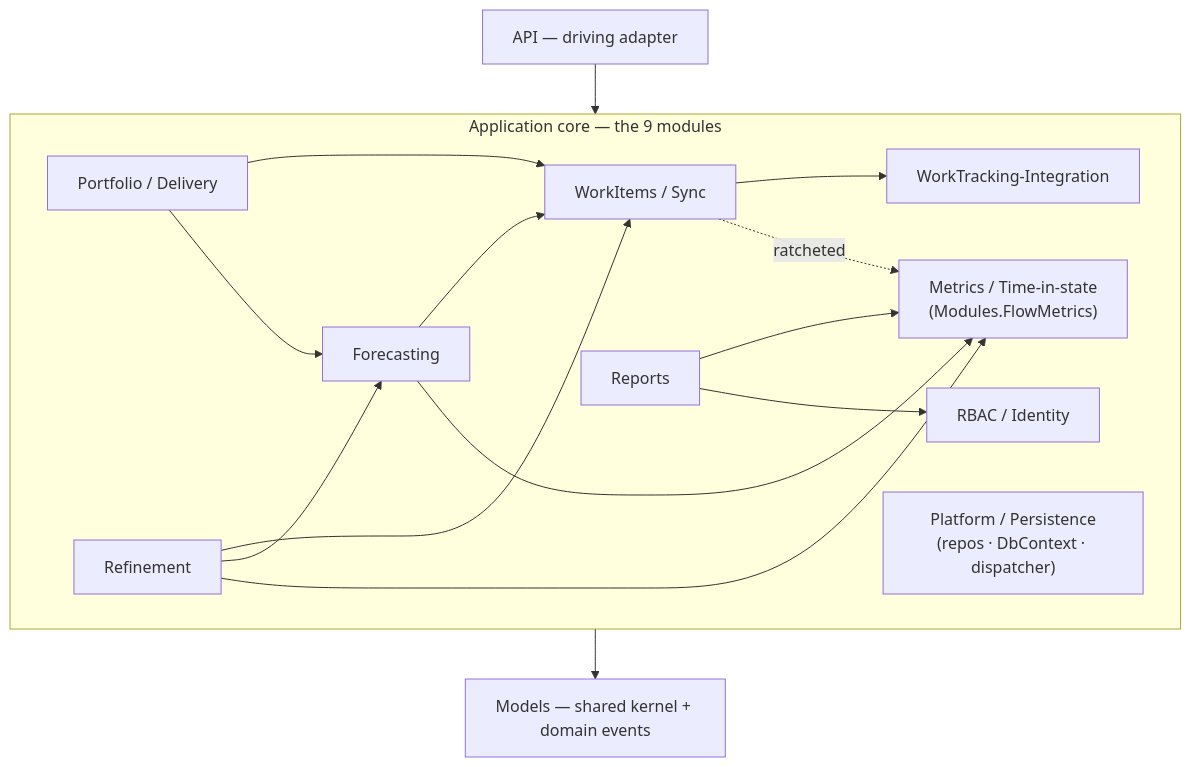
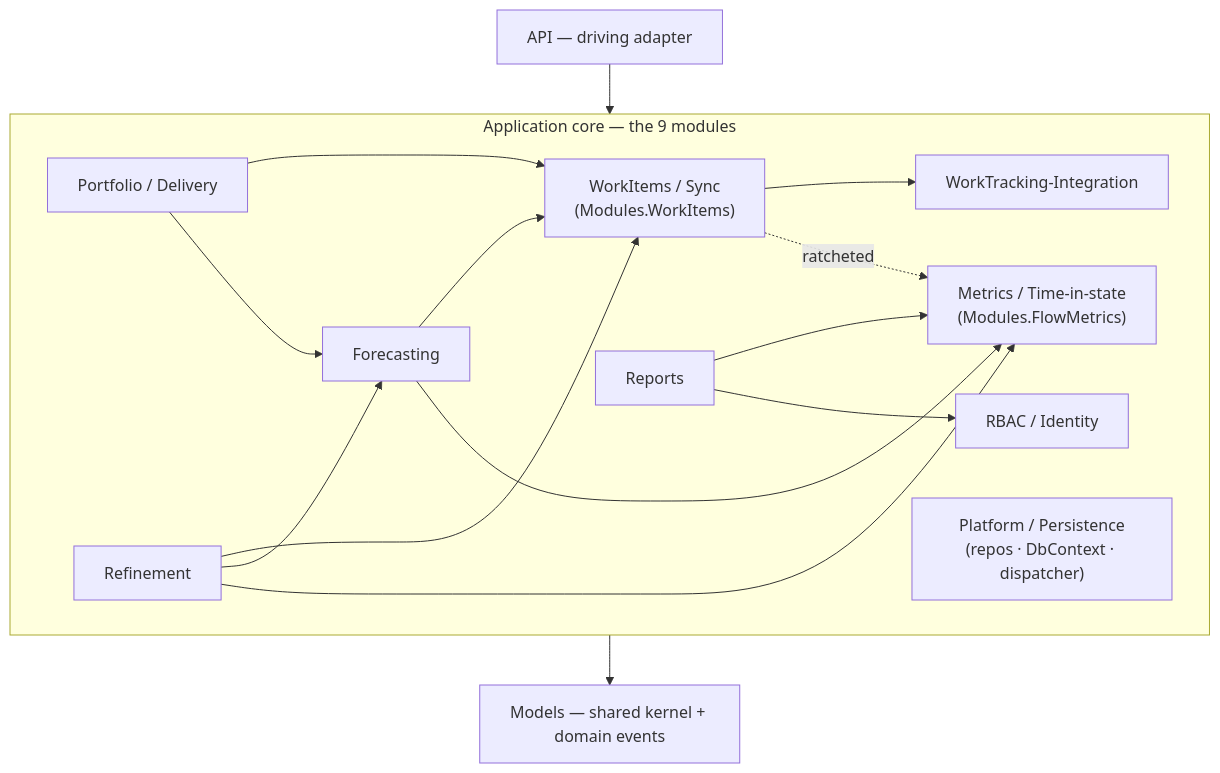
One commit to LetPeopleWork/Lighthouse changed the second of 4 diagrams in ARCHITECTURE.md. Above: the diagram before and after it, drawn with Mermaid. The commit also changed other lines of this file and 6 other files, not shown here.

First line of the commit message:
docs(workitems): finalize story 6360 S03b Package Work Items

````diff
--- a/ARCHITECTURE.md
+++ b/ARCHITECTURE.md
@@ -113,29 +113,29 @@
 ```mermaid
 graph TD
   API["API — driving adapter"]
   subgraph CORE["Application core — the 9 modules"]
     WT["WorkTracking-Integration"]
-    SYNC["WorkItems / Sync"]
+    SYNC["WorkItems / Sync<br/>(Modules.WorkItems)"]
     FC["Forecasting"]
     PD["Portfolio / Delivery"]
     MET["Metrics / Time-in-state<br/>(Modules.FlowMetrics)"]
     RBAC["RBAC / Identity"]
     PLAT["Platform / Persistence<br/>(repos · DbContext · dispatcher)"]
     REF["Refinement"]
     REP["Reports"]
   end
   KERNEL["Models — shared kernel + domain events"]
   API --> CORE
   CORE --> KERNEL
   SYNC --> WT
   PD --> SYNC
   PD --> FC
   FC --> SYNC
   FC --> MET
   REF --> SYNC
   REF --> FC
   REF --> MET
   REP --> MET
   REP --> RBAC
   SYNC -.->|"ratcheted"| MET
 ```
````
